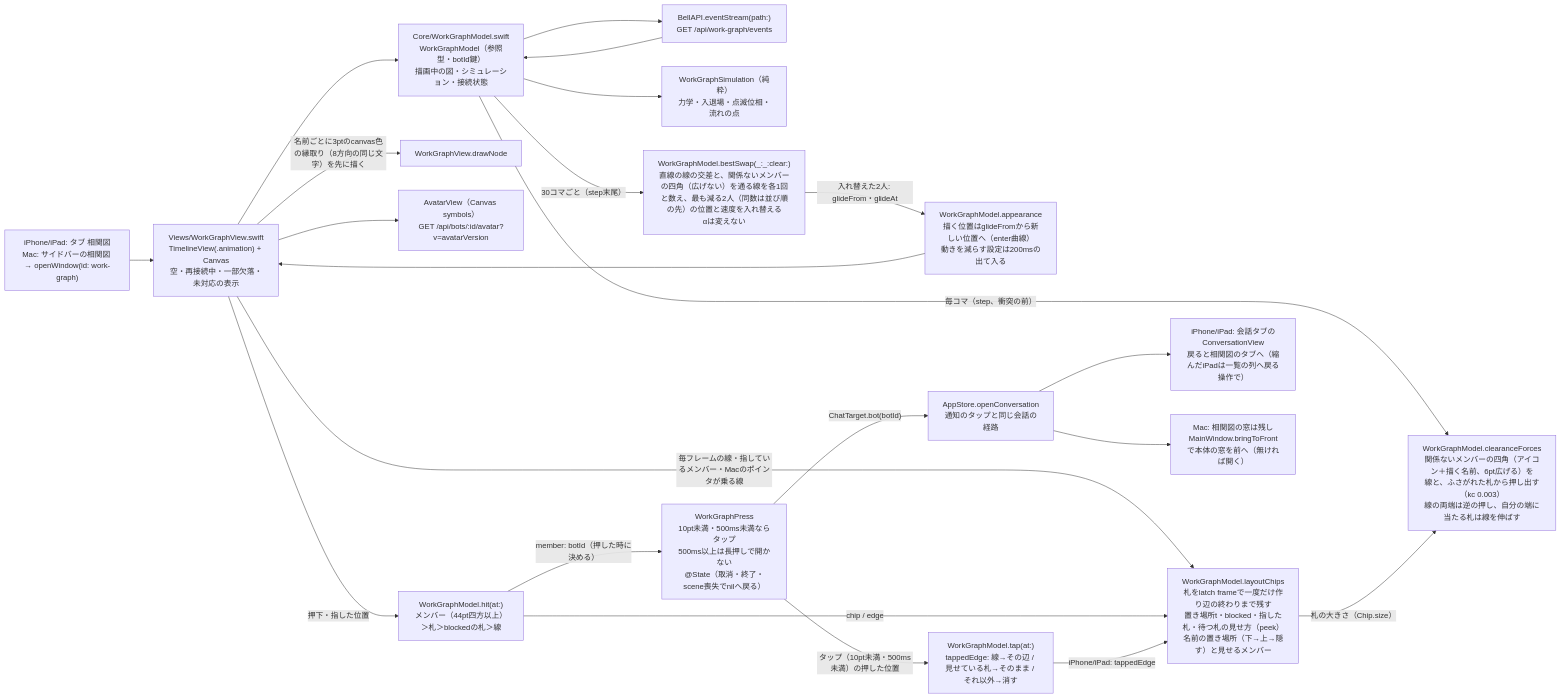
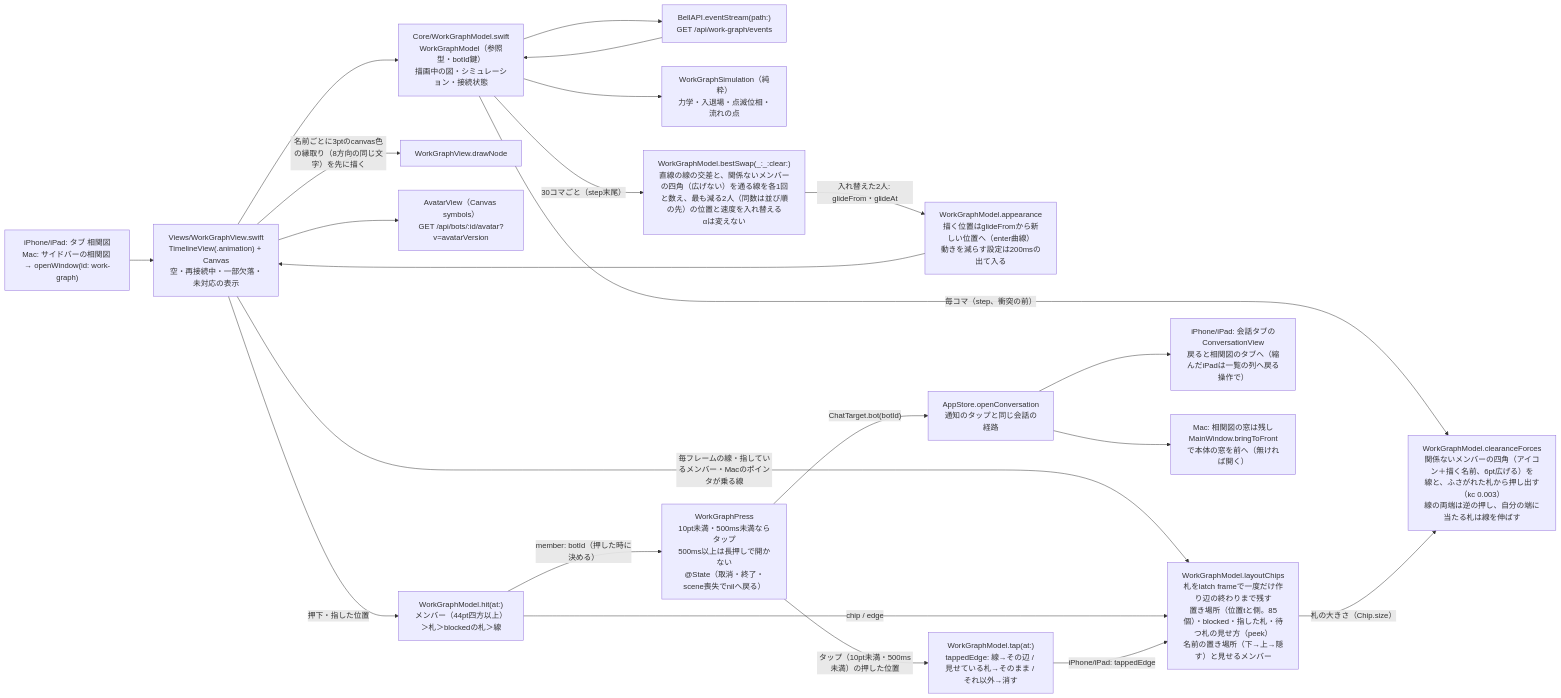
One commit to kitepon/BellTeam changed the diagram in docs/architecture/modules/apple/work-graph.md. Above: the diagram before and after it, drawn with Mermaid. The commit also changed other lines of this file and 3 other files, not shown here.

First line of the commit message:
work-graph (Apple): chip slots are path position and side, 85 spots

````diff
--- a/docs/architecture/modules/apple/work-graph.md
+++ b/docs/architecture/modules/apple/work-graph.md
@@ -7,24 +7,24 @@
 ```mermaid
 flowchart LR
   Nav["iPhone/iPad: タブ 相関図<br/>Mac: サイドバーの相関図 → openWindow(id: work-graph)"] --> View["Views/WorkGraphView.swift<br/>TimelineView(.animation) + Canvas<br/>空・再接続中・一部欠落・未対応の表示"]
   View --> Model["Core/WorkGraphModel.swift<br/>WorkGraphModel（参照型・botId鍵）<br/>描画中の図・シミュレーション・接続状態"]
   Model --> Stream["BellAPI.eventStream(path:)<br/>GET /api/work-graph/events"]
   Stream --> Model
   Model --> Sim["WorkGraphSimulation（純粋）<br/>力学・入退場・点滅位相・流れの点"]
   Model -->|"毎コマ（step、衝突の前）"| Clear["WorkGraphModel.clearanceForces<br/>関係ないメンバーの四角（アイコン＋描く名前、6pt広げる）を<br/>線と、ふさがれた札から押し出す（kc 0.003）<br/>線の両端は逆の押し、自分の端に当たる札は線を伸ばす"]
   Chips -->|"札の大きさ（Chip.size）"| Clear
   Model -->|"30コマごと（step末尾）"| Uncross["WorkGraphModel.bestSwap(_:_:clear:)<br/>直線の線の交差と、関係ないメンバーの四角（広げない）を通る線を各1回と数え、最も減る2人（同数は並び順の先）の位置と速度を入れ替える<br/>αは変えない"]
   Uncross -->|"入れ替えた2人: glideFrom・glideAt"| Look["WorkGraphModel.appearance<br/>描く位置はglideFromから新しい位置へ（enter曲線）<br/>動きを減らす設定は200msの出て入る"]
   Look --> View
   View -->|"名前ごとに3ptのcanvas色の縁取り（8方向の同じ文字）を先に描く"| Halo["WorkGraphView.drawNode"]
   View --> Avatar["AvatarView（Canvas symbols）<br/>GET /api/bots/:id/avatar?v=avatarVersion"]
-  View -->|"毎フレームの線・指しているメンバー・Macのポインタが乗る線"| Chips["WorkGraphModel.layoutChips<br/>札をlatch frameで一度だけ作り辺の終わりまで残す<br/>置き場所t・blocked・指した札・待つ札の見せ方（peek）<br/>名前の置き場所（下→上→隠す）と見せるメンバー"]
+  View -->|"毎フレームの線・指しているメンバー・Macのポインタが乗る線"| Chips["WorkGraphModel.layoutChips<br/>札をlatch frameで一度だけ作り辺の終わりまで残す<br/>置き場所（位置tと側。85個）・blocked・指した札・待つ札の見せ方（peek）<br/>名前の置き場所（下→上→隠す）と見せるメンバー"]
   View -->|"押下・指した位置"| Hit["WorkGraphModel.hit(at:)<br/>メンバー（44pt四方以上）＞札＞blockedの札＞線"]
   Hit -->|"member: botId（押した時に決める）"| Press["WorkGraphPress<br/>10pt未満・500ms未満ならタップ<br/>500ms以上は長押しで開かない<br/>@State（取消・終了・scene喪失でnilへ戻る）"]
   Hit -->|"chip / edge"| Chips
   Press -->|"タップ（10pt未満・500ms未満）の押した位置"| Tap["WorkGraphModel.tap(at:)<br/>tappedEdge: 線→その辺 / 見せている札→そのまま / それ以外→消す"]
   Tap -->|"iPhone/iPad: tappedEdge"| Chips
   Press -->|"ChatTarget.bot(botId)"| Route["AppStore.openConversation<br/>通知のタップと同じ会話の経路"]
   Route --> Chat["iPhone/iPad: 会話タブのConversationView<br/>戻ると相関図のタブへ（縮んだiPadは一覧の列へ戻る操作で）"]
   Route --> Main["Mac: 相関図の窓は残し<br/>MainWindow.bringToFrontで本体の窓を前へ（無ければ開く）"]
 ```
````
